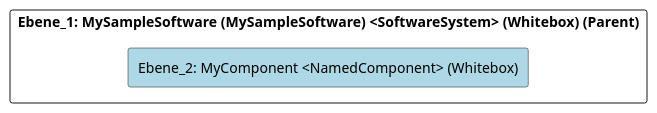
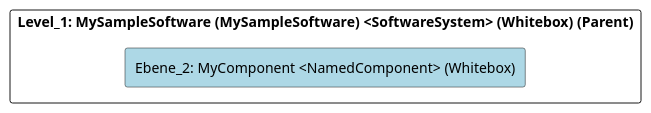
One commit to marcozwyssig/cleon changed the diagram in src/cleon.architecturemethods.arc42.sample/doc/cleon_architecturemethods_arc42_sample_software_simple/adoc/de/05_bausteinsicht/mysamplesoftware/mycomponent/ebene_2_mycomponent.adoc. Above: the diagram before and after it, drawn with PlantUML. The commit also changed other lines of this file and 169 other files, not shown here.

```diff
--- a/src/cleon.architecturemethods.arc42.sample/doc/cleon_architecturemethods_arc42_sample_software_simple/adoc/de/05_bausteinsicht/mysamplesoftware/mycomponent/ebene_2_mycomponent.adoc
+++ b/src/cleon.architecturemethods.arc42.sample/doc/cleon_architecturemethods_arc42_sample_software_simple/adoc/de/05_bausteinsicht/mysamplesoftware/mycomponent/ebene_2_mycomponent.adoc
@@ -20,24 +20,24 @@
 [plantuml, Ebene_2: MyComponent <NamedComponent> (Whitebox)BlockOverview, format="svg"]
 ----
 @startuml Ebene_2: MyComponent <NamedComponent> (Whitebox)BuildingBlockOverview
 
 skinparam ranksep 10
 skinparam componentStyle rectangle
 skinparam shadowing false
 skinparam arrowColor lightblue
 skinparam arrowThickness 1.2
 skinparam rectangle {
   BackgroundColor White
   BorderColor #333
   RoundCorner 10
 }
 top to bottom direction
 
-component "Ebene_1: MySampleSoftware (MySampleSoftware) <SoftwareSystem> (Whitebox) (Parent)" {
+component "Level_1: MySampleSoftware (MySampleSoftware) <SoftwareSystem> (Whitebox) (Parent)" {
     component "Ebene_2: MyComponent <NamedComponent> (Whitebox)" #lightblue {
     }
 
 }
 
 @enduml
 ----
```
